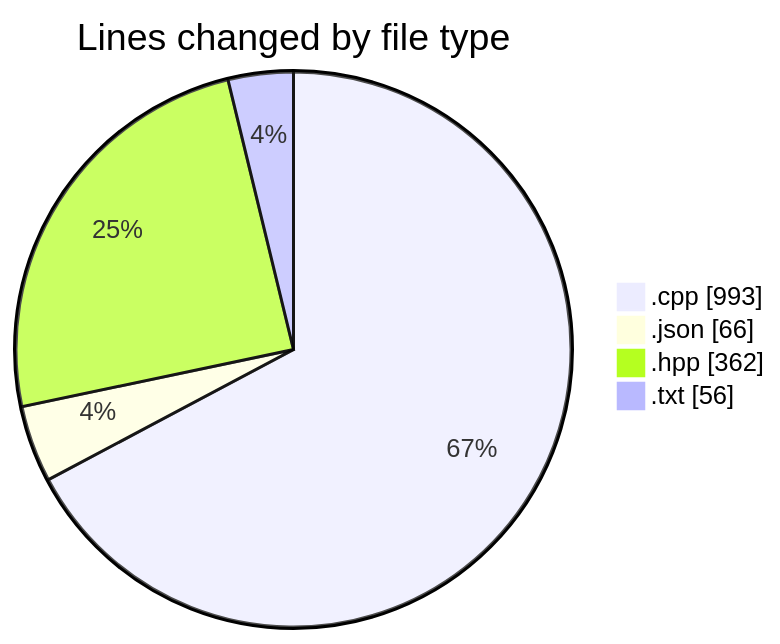
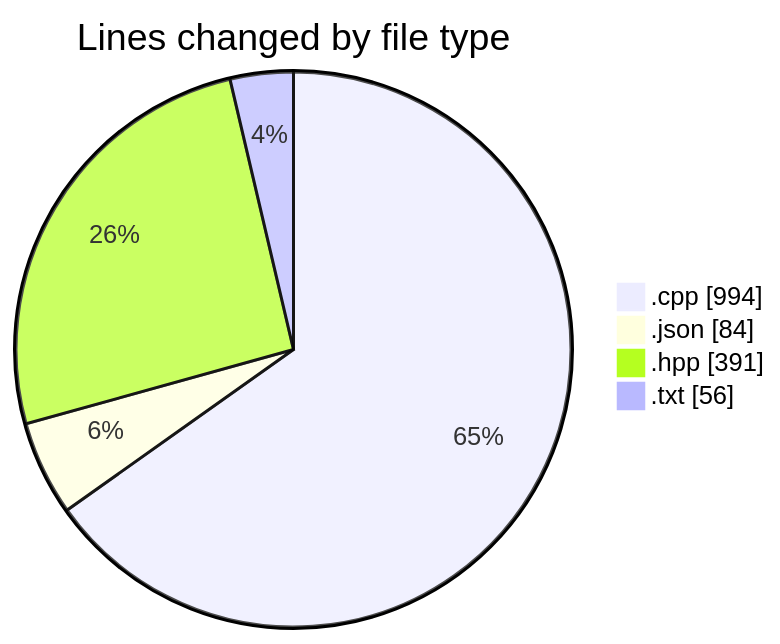
Before and after one commit to Netris89/code-tracking: the first of 2 diagrams in 2025-04-21/echo/README.md, drawn with Mermaid. The commit also changed other lines of this file and 1 other file, not shown here.

````diff
--- a/2025-04-21/echo/README.md
+++ b/2025-04-21/echo/README.md
@@ -25,8 +25,8 @@
 ```mermaid
 pie showData
 title Lines changed by file type
-".cpp" : 993
-".json" : 66
-".hpp" : 362
+".cpp" : 994
+".json" : 84
+".hpp" : 391
 ".txt" : 56
 ```
````
